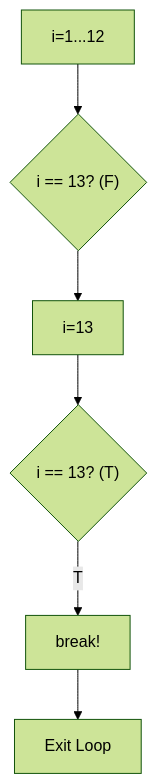
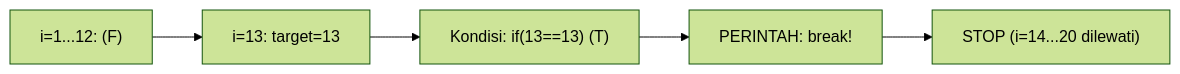
One commit to amnahwaida/OSNK_INF_PREP changed the first of 10 diagrams in part-c-pemahaman-cpp/03-perulangan/latihan/set-03.md. Above: the diagram before and after it, drawn with Mermaid (forest theme). The commit also changed other lines of this file and 30 other files, not shown here.

Commit message:
✨ Premium Overhaul: Modul 05 (Rekursi) & 06 (Bitwise) - 100 soal baru dengan Mermaid Call Stack & Bit-Grid diagrams

````diff
--- a/part-c-pemahaman-cpp/03-perulangan/latihan/set-03.md
+++ b/part-c-pemahaman-cpp/03-perulangan/latihan/set-03.md
@@ -28,7 +28,7 @@
 ```mermaid
-graph TD
-A["i=1...12"] --> B{"i == 13? (F)"}
-B --> C["i=13"] --> D{"i == 13? (T)"}
-D -- T --> E["break!"]
-E --> F["Exit Loop"]
+graph LR
+A["i=1...12: (F)"] --> B["i=13: target=13"]
+B --> C["Kondisi: if(13==13) (T)"]
+C --> D["PERINTAH: break!"]
+D --> E["STOP (i=14...20 dilewati)"]
 ```
````
